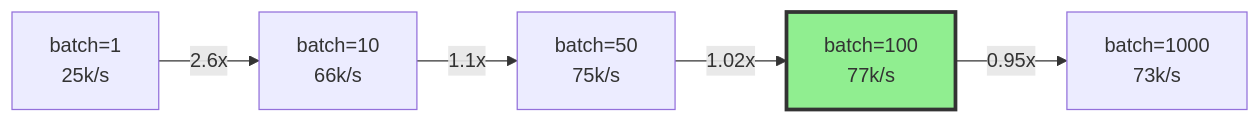
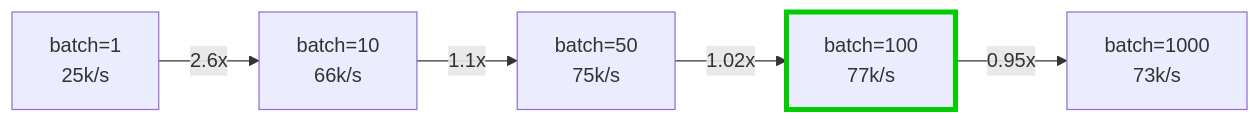
One commit to Michael--/modular-runtime changed the fourth of 9 diagrams in docs-site/docs/guide/performance.md. Above: the diagram before and after it, drawn with Mermaid. The commit also changed other lines of this file and 3 other files, not shown here.

Commit message:
fix(docs): use stroke-only colors for theme compatibility and correct architecture diagram

````diff
--- a/docs-site/docs/guide/performance.md
+++ b/docs-site/docs/guide/performance.md
@@ -76,9 +76,9 @@
 ```mermaid
 graph LR
     A[batch=1<br/>25k/s] -->|2.6x| B[batch=10<br/>66k/s]
     B -->|1.1x| C[batch=50<br/>75k/s]
     C -->|1.02x| D[batch=100<br/>77k/s]
     D -->|0.95x| E[batch=1000<br/>73k/s]
 
-    style D fill:#90EE90,stroke:#333,stroke-width:3px
+    style D stroke:#00cc00,stroke-width:4px
 ```
````
